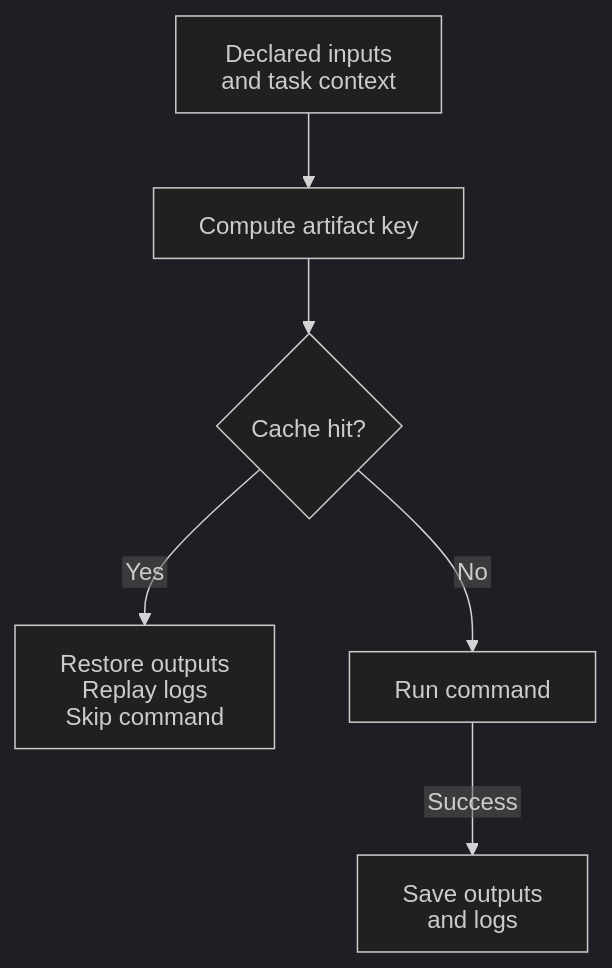
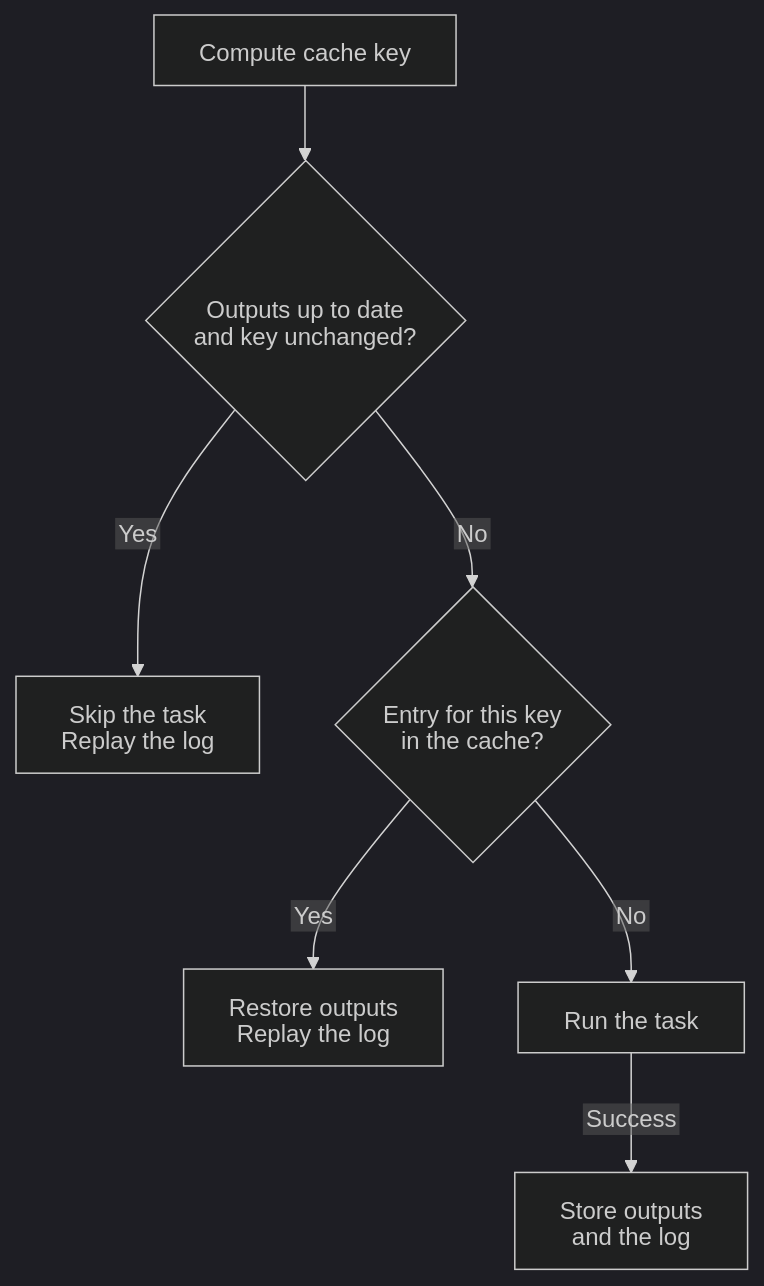
The diagram in docs/tasks/caching.md (jdx/mise), drawn with Mermaid (dark theme) before and after one commit. The commit also changed other lines of this file and 390 other files, not shown here.

````diff
--- a/docs/tasks/caching.md
+++ b/docs/tasks/caching.md
@@ -25,19 +221,22 @@
 ```mermaid
 ---
 config:
   htmlLabels: false
 ---
 flowchart TB
-    accTitle: Artifact cache lookup and execution
-    accDescr: A usable artifact restores outputs and logs without running the task. Otherwise the task runs and successful results are saved.
-    inputs["Declared inputs<br/>and task context"]
-    key["Compute artifact key"]
-    lookup{"Cache hit?"}
-    restore["Restore outputs<br/>Replay logs<br/>Skip command"]
-    run["Run command"]
-    save["Save outputs<br/>and logs"]
-    inputs --> key --> lookup
+    accTitle: How mise runs a task that has the artifact cache enabled
+    accDescr: mise computes the cache key, skips the task when its outputs are up to date and the key is unchanged, restores a stored entry when one matches, and otherwise runs the task and stores a successful result.
+    key["Compute cache key"]
+    fresh{"Outputs up to date<br/>and key unchanged?"}
+    skip["Skip the task<br/>Replay the log"]
+    lookup{"Entry for this key<br/>in the cache?"}
+    restore["Restore outputs<br/>Replay the log"]
+    run["Run the task"]
+    save["Store outputs<br/>and the log"]
+    key --> fresh
+    fresh -->|Yes| skip
+    fresh -->|No| lookup
     lookup -->|Yes| restore
     lookup -->|No| run
     run -->|Success| save
 ```
````
